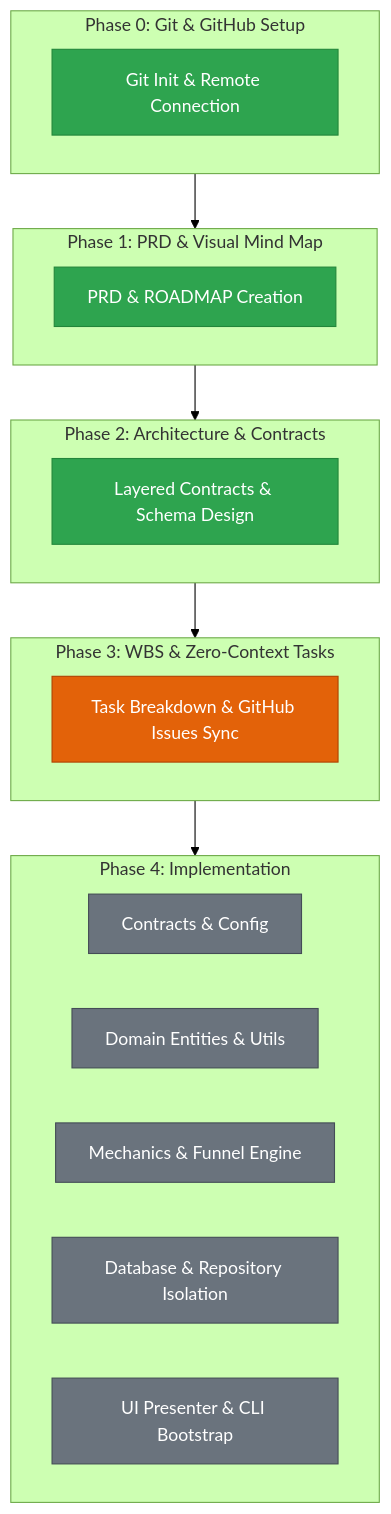
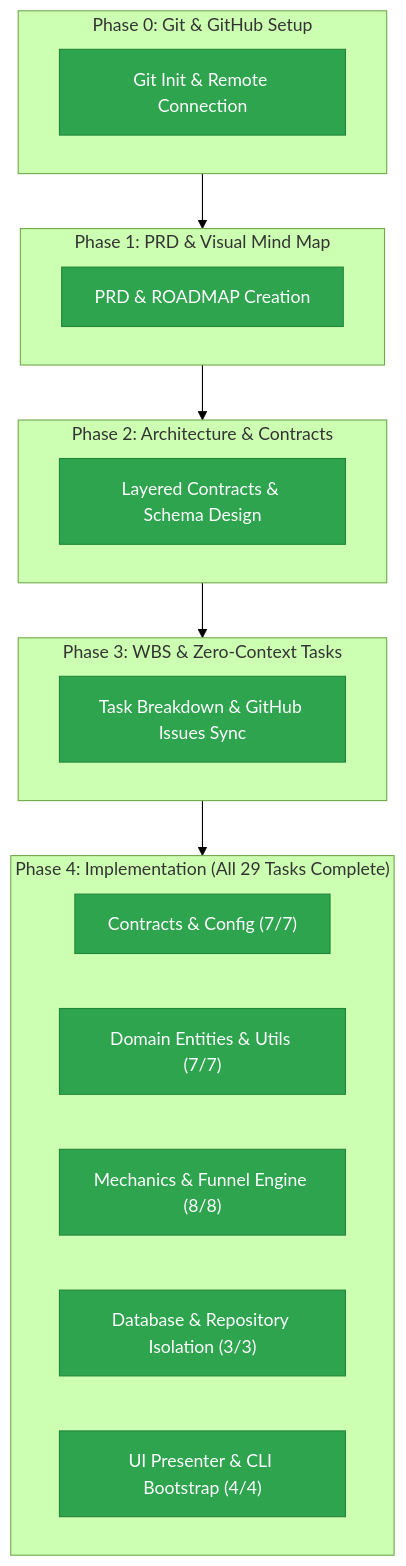
The second of 2 diagrams in specs/ROADMAP.md (Armin-MA/oss-architect-scout), drawn with Mermaid (forest theme) before and after one commit. The commit also changed other lines of this file and 82 other files, not shown here.

````diff
--- a/specs/ROADMAP.md
+++ b/specs/ROADMAP.md
@@ -44,32 +46,30 @@
 ```mermaid
 flowchart TD
     classDef done fill:#2ea44f,stroke:#22863a,color:#fff
-    classDef active fill:#e36209,stroke:#b04100,color:#fff
-    classDef pending fill:#6a737d,stroke:#444d56,color:#fff
 
     subgraph Phase0["Phase 0: Git & GitHub Setup"]
         P0["Git Init & Remote Connection"]:::done
     end
 
     subgraph Phase1["Phase 1: PRD & Visual Mind Map"]
         P1["PRD & ROADMAP Creation"]:::done
     end
 
     subgraph Phase2["Phase 2: Architecture & Contracts"]
         P2["Layered Contracts & Schema Design"]:::done
     end
 
     subgraph Phase3["Phase 3: WBS & Zero-Context Tasks"]
-        P3["Task Breakdown & GitHub Issues Sync"]:::active
+        P3["Task Breakdown & GitHub Issues Sync"]:::done
     end
 
-    subgraph Phase4["Phase 4: Implementation"]
-        T1["Contracts & Config"]:::pending
-        T2["Domain Entities & Utils"]:::pending
-        T3["Mechanics & Funnel Engine"]:::pending
-        T4["Database & Repository Isolation"]:::pending
-        T5["UI Presenter & CLI Bootstrap"]:::pending
+    subgraph Phase4["Phase 4: Implementation (All 29 Tasks Complete)"]
+        T1["Contracts & Config (7/7)"]:::done
+        T2["Domain Entities & Utils (7/7)"]:::done
+        T3["Mechanics & Funnel Engine (8/8)"]:::done
+        T4["Database & Repository Isolation (3/3)"]:::done
+        T5["UI Presenter & CLI Bootstrap (4/4)"]:::done
     end
 
     Phase0 --> Phase1 --> Phase2 --> Phase3 --> Phase4
 ```
````
